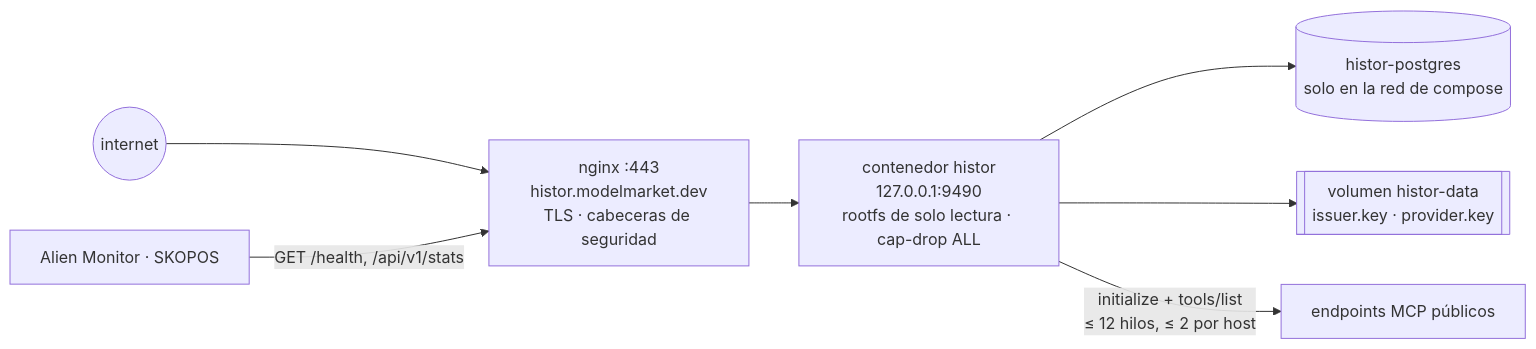
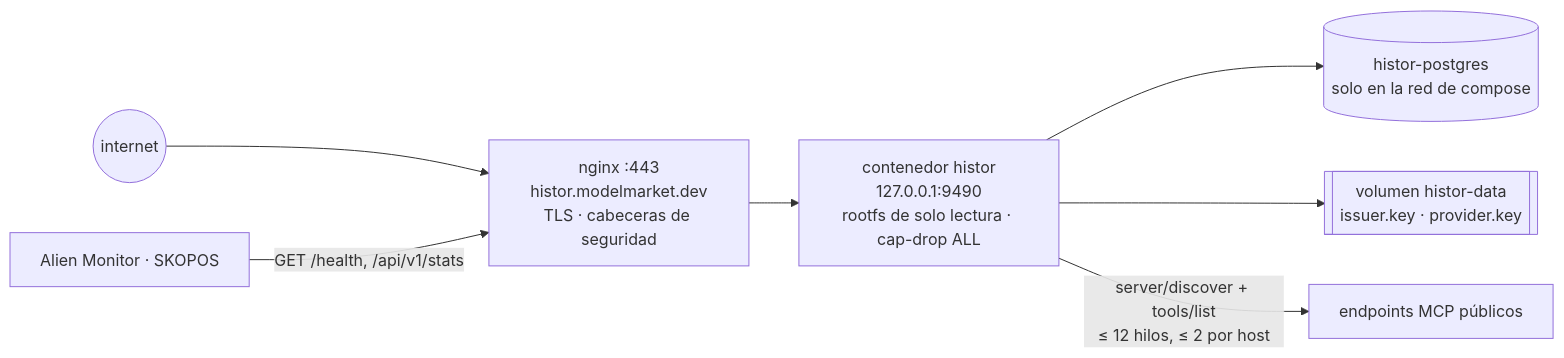
Before and after one commit to alexar76/histor: the first of 3 diagrams in docs/operations.es.md, drawn with Mermaid. The commit also changed other lines of this file and 78 other files, not shown here.

````diff
--- a/docs/operations.es.md
+++ b/docs/operations.es.md
@@ -7,9 +7,9 @@
 ```mermaid
 flowchart LR
     NET(("internet")) --> NGINX["nginx :443<br/>histor.modelmarket.dev<br/>TLS · cabeceras de seguridad"]
     NGINX --> APP["contenedor histor<br/>127.0.0.1:9490<br/>rootfs de solo lectura · cap-drop ALL"]
     APP --> PG[("histor-postgres<br/>solo en la red de compose")]
     APP --> VOL[["volumen histor-data<br/>issuer.key · provider.key"]]
-    APP -- "initialize + tools/list<br/>≤ 12 hilos, ≤ 2 por host" --> MCP["endpoints MCP públicos"]
+    APP -- "server/discover + tools/list<br/>≤ 12 hilos, ≤ 2 por host" --> MCP["endpoints MCP públicos"]
     MON["Alien Monitor · SKOPOS"] -- "GET /health, /api/v1/stats" --> NGINX
 ```
````
